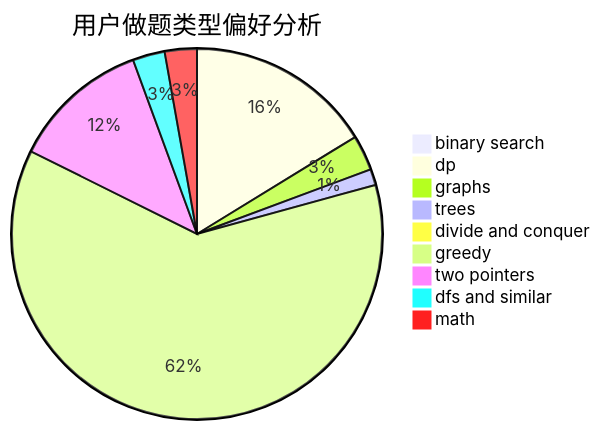
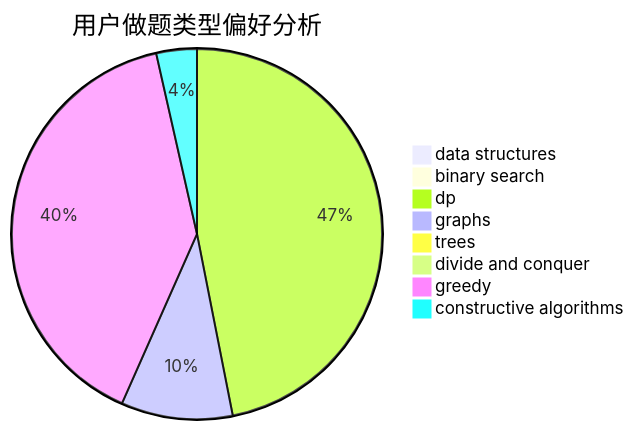
One commit to sherpahu/cfrs.github.io changed the second of 3 diagrams in docs/user/u1409.md. Above: the diagram before and after it, drawn with Mermaid. The commit also changed other lines of this file and 2775 other files, not shown here.

````diff
--- a/docs/user/u1409.md
+++ b/docs/user/u1409.md
@@ -23,12 +23,11 @@
 ```mermaid
 pie title 用户做题类型偏好分析
+    "data structures" :  0
     "binary search" :  0
-    "dp" :  58
+    "dp" :  53
     "graphs" :  11
-    "trees" :  5
+    "trees" :  0
     "divide and conquer" :  0
-    "greedy" :  220
-    "two pointers" :  43
-    "dfs and similar" :  10
-    "math" :  10
+    "greedy" :  45
+    "constructive algorithms" :  4
 ```
````
